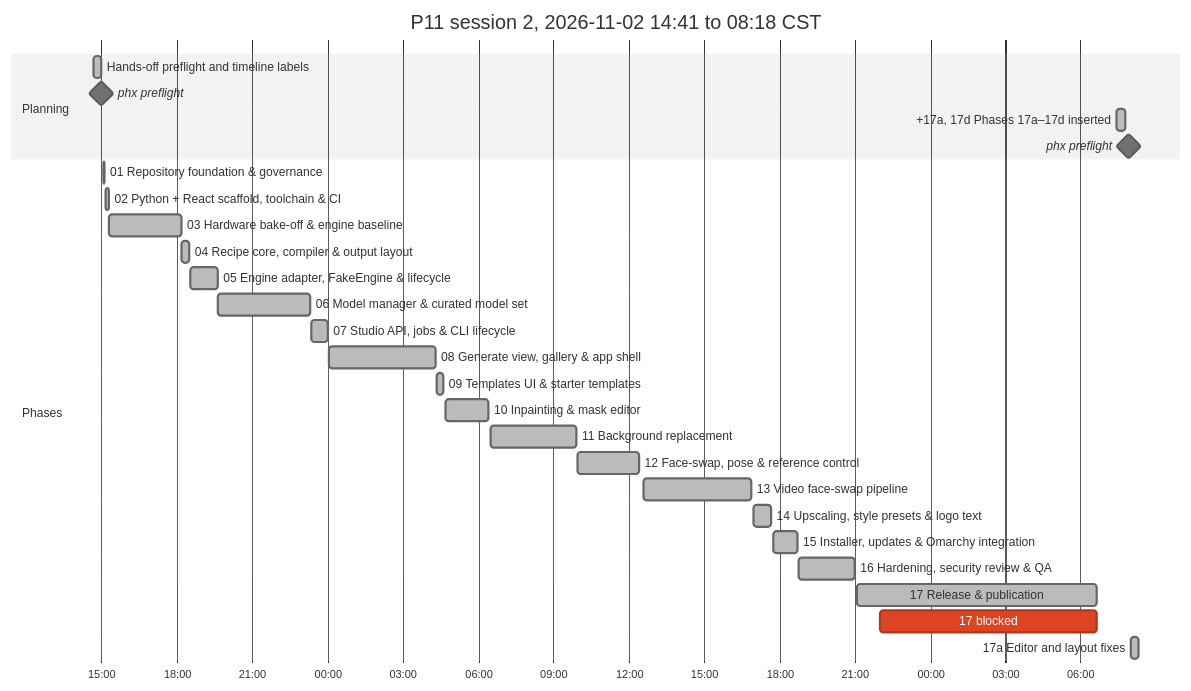
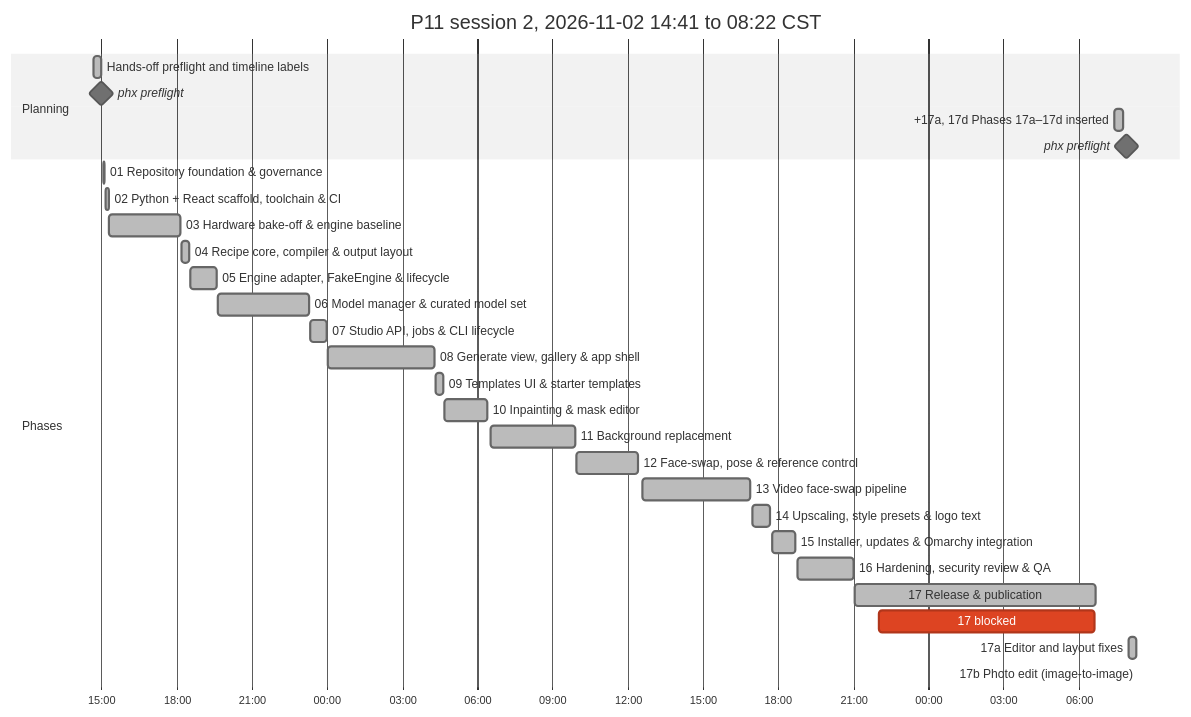
The second of 2 diagrams in P11_IMPLEMENTATION_PLAN.md (antonizick/project1111), drawn with Mermaid (neutral theme) before and after one commit. The commit also changed other lines of this file and 2 other files, not shown here.

Commit message:
docs(plan): refresh timeline

````diff
--- a/P11_IMPLEMENTATION_PLAN.md
+++ b/P11_IMPLEMENTATION_PLAN.md
@@ -79,31 +79,32 @@
 ```mermaid
 gantt
-    title P11 session 2, 2026-11-02 14:41 to 08:18 CST
+    title P11 session 2, 2026-11-02 14:41 to 08:22 CST
     dateFormat YYYY-MM-DD HH:mm
     axisFormat %H:%M
     section Planning
     Hands-off preflight and timeline labels :done, plan3, 2026-11-02 14:41, 2026-11-02 14:59
     phx preflight :milestone, pf13ee0d5, 2026-11-02 15:00, 0m
     +17a, 17d Phases 17a–17d inserted :done, plan4, 2026-11-04 07:25, 2026-11-04 07:47
     phx preflight :milestone, pf19ebe39, 2026-11-04 07:54, 0m
     section Phases
     01 Repository foundation & governance :done, p01s2, 2026-11-02 15:05, 2026-11-02 15:08
     02 Python + React scaffold, toolchain & CI :done, p02s2, 2026-11-02 15:09, 2026-11-02 15:18
     03 Hardware bake-off & engine baseline :done, p03s2, 2026-11-02 15:19, 2026-11-02 18:10
     04 Recipe core, compiler & output layout :done, p04s2, 2026-11-02 18:12, 2026-11-02 18:30
     05 Engine adapter, FakeEngine & lifecycle :done, p05s2, 2026-11-02 18:32, 2026-11-02 19:37
     06 Model manager & curated model set :done, p06s2, 2026-11-02 19:39, 2026-11-02 23:18
     07 Studio API, jobs & CLI lifecycle :done, p07s2, 2026-11-02 23:21, 2026-11-03 00:00
     08 Generate view, gallery & app shell :done, p08s2, 2026-11-03 00:03, 2026-11-03 04:18
     09 Templates UI & starter templates :done, p09s2, 2026-11-03 04:21, 2026-11-03 04:38
     10 Inpainting & mask editor :done, p10s2, 2026-11-03 04:41, 2026-11-03 06:25
     11 Background replacement :done, p11s2, 2026-11-03 06:31, 2026-11-03 09:55
     12 Face-swap, pose & reference control :done, p12s2, 2026-11-03 09:58, 2026-11-03 12:25
     13 Video face-swap pipeline :done, p13s2, 2026-11-03 12:34, 2026-11-03 16:54
     14 Upscaling, style presets & logo text :done, p14s2, 2026-11-03 16:58, 2026-11-03 17:41
     15 Installer, updates & Omarchy integration :done, p15s2, 2026-11-03 17:45, 2026-11-03 18:42
     16 Hardening, security review & QA :done, p16s2, 2026-11-03 18:46, 2026-11-03 21:00
     17 Release & publication :done, p17s2, 2026-11-03 21:04, 2026-11-04 06:39
     17 blocked :crit, p17w1s2, 2026-11-03 22:01, 2026-11-04 06:38
     17a Editor and layout fixes :done, p17as2, 2026-11-04 07:59, 2026-11-04 08:18
+    17b Photo edit (image-to-image) :active, p17bs2, 2026-11-04 08:22, 2026-11-04 08:23
 ```
````
